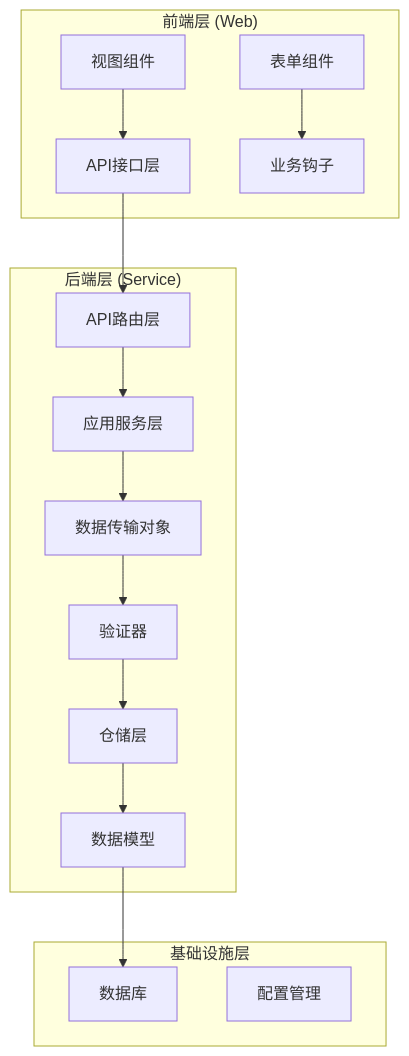
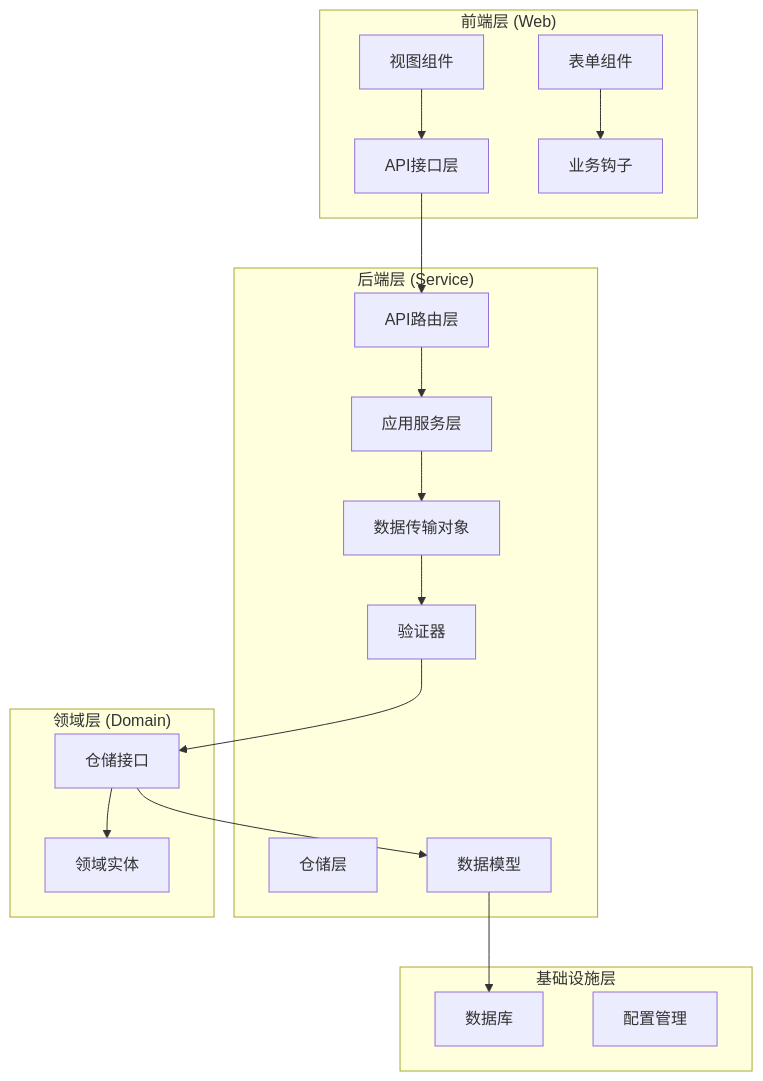
Before and after one commit to taoweidong/Hello-FastApi: the first of 6 diagrams in .qoder/repowiki/zh/content/Department Management.md, drawn with Mermaid. The commit also changed other lines of this file and 18 other files, not shown here.

````diff
--- a/.qoder/repowiki/zh/content/Department Management.md
+++ b/.qoder/repowiki/zh/content/Department Management.md
@@ -51,30 +56,35 @@
 ```mermaid
 graph TB
 subgraph "前端层 (Web)"
 FE_API[API接口层]
 FE_VIEW[视图组件]
 FE_FORM[表单组件]
 FE_HOOK[业务钩子]
 end
 subgraph "后端层 (Service)"
 API_ROUTER[API路由层]
 SERVICE[应用服务层]
 DTO[数据传输对象]
 VALIDATORS[验证器]
 REPO[仓储层]
 MODEL[数据模型]
 end
+subgraph "领域层 (Domain)"
+ENTITY[领域实体]
+REPO_INTERFACE[仓储接口]
+end
 subgraph "基础设施层"
 DATABASE[数据库]
 CONFIG[配置管理]
 end
 FE_API --> API_ROUTER
 FE_VIEW --> FE_API
 FE_FORM --> FE_HOOK
 API_ROUTER --> SERVICE
 SERVICE --> DTO
 DTO --> VALIDATORS
-VALIDATORS --> REPO
-REPO --> MODEL
+VALIDATORS --> REPO_INTERFACE
+REPO_INTERFACE --> ENTITY
+REPO_INTERFACE --> MODEL
 MODEL --> DATABASE
 ```
````
